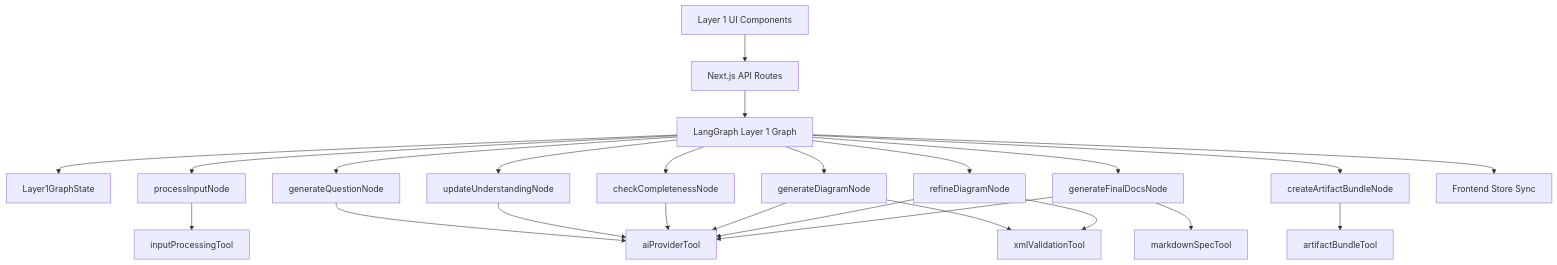
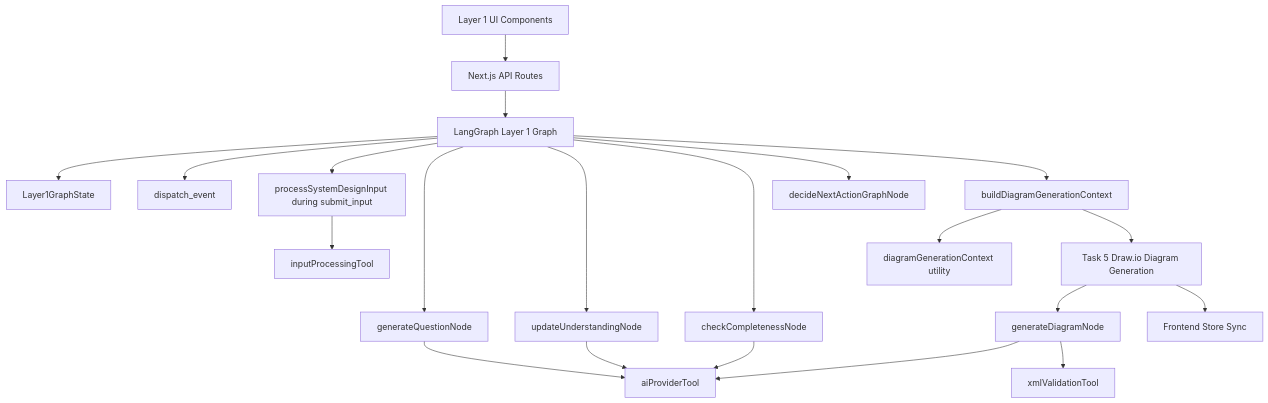
Diagram 13 of 19 in Docs/system-design-detailed-plan.md (ProductMasterz/Mujarrad-Frontend), drawn with Mermaid before and after one commit. The commit also changed other lines of this file and 29 other files, not shown here.

Commit message:
Complete Task 4 system design clarification workflow

````diff
--- a/Docs/system-design-detailed-plan.md
+++ b/Docs/system-design-detailed-plan.md
@@ -1796,30 +2088,29 @@
 ```mermaid
 flowchart TD
     UI[Layer 1 UI Components] --> API[Next.js API Routes]
     API --> Graph[LangGraph Layer 1 Graph]
 
     Graph --> State[Layer1GraphState]
 
-    Graph --> N1[processInputNode]
+    Graph --> N0[dispatch_event]
+    Graph --> N1[processSystemDesignInput during submit_input]
     Graph --> N2[generateQuestionNode]
     Graph --> N3[updateUnderstandingNode]
     Graph --> N4[checkCompletenessNode]
-    Graph --> N5[generateDiagramNode]
-    Graph --> N6[refineDiagramNode]
-    Graph --> N7[generateFinalDocsNode]
-    Graph --> N8[createArtifactBundleNode]
+    Graph --> N5[decideNextActionGraphNode]
+    Graph --> Handoff[buildDiagramGenerationContext]
 
     N1 --> T1[inputProcessingTool]
     N2 --> T2[aiProviderTool]
     N3 --> T2
     N4 --> T2
-    N5 --> T2
-    N5 --> T3[xmlValidationTool]
+    Handoff --> T3[diagramGenerationContext utility]
+
+    Handoff --> Task5[Task 5 Draw.io Diagram Generation]
+
+    Task5 --> N6[generateDiagramNode]
     N6 --> T2
-    N6 --> T3
-    N7 --> T2
-    N7 --> T4[markdownSpecTool]
-    N8 --> T5[artifactBundleTool]
+    N6 --> T4[xmlValidationTool]
 
-    Graph --> Store[Frontend Store Sync]
+    Task5 --> Store[Frontend Store Sync]
 ```
````
